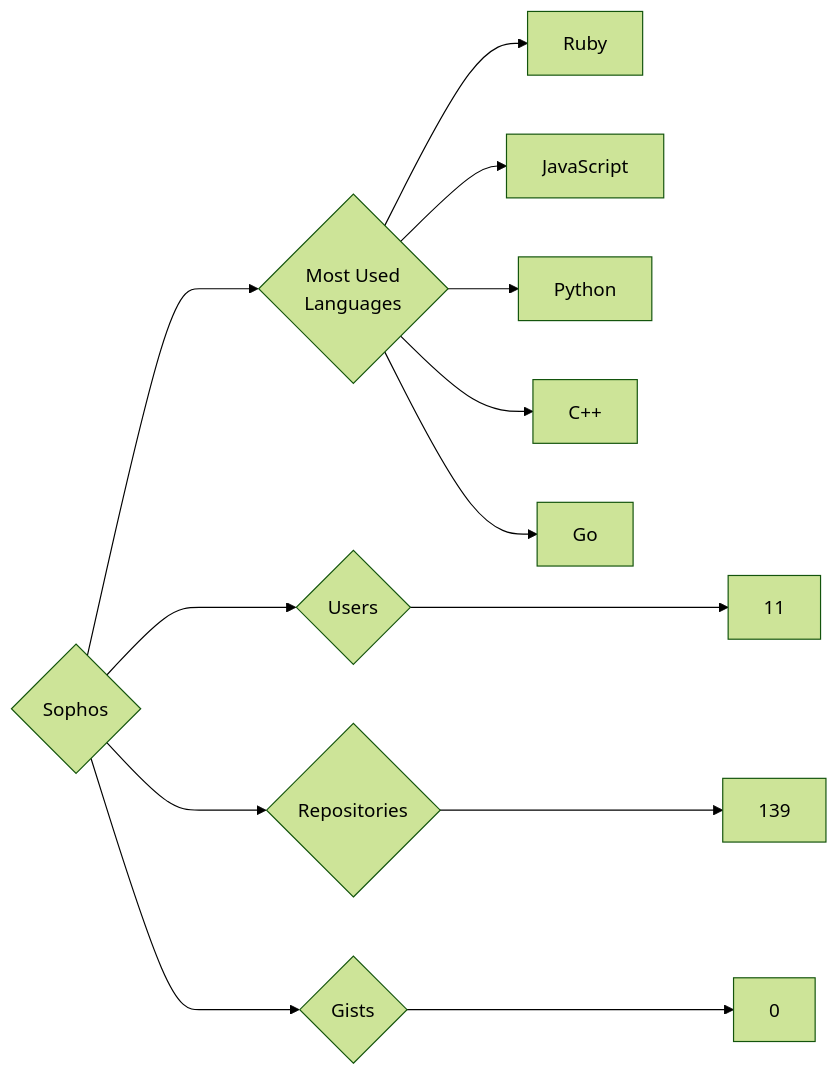
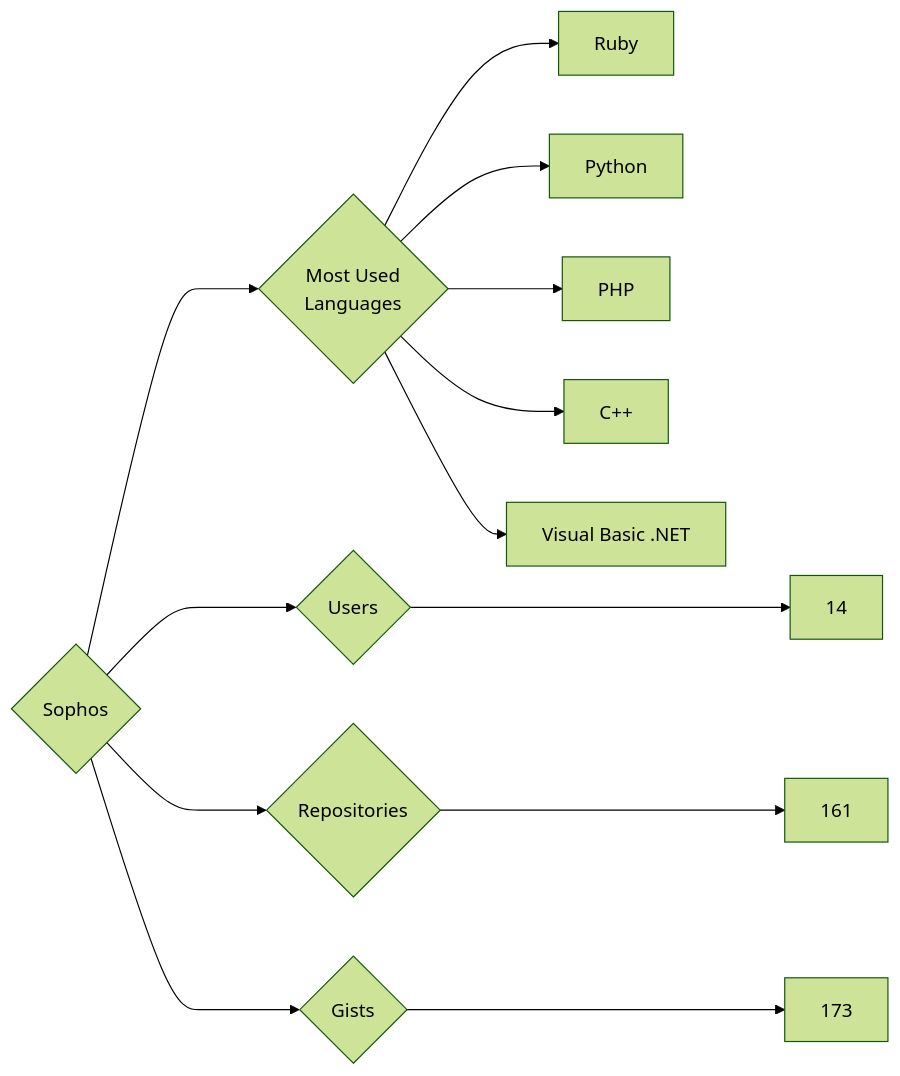
Before and after one commit to trickest/insiders: the diagram in targets/Sophos/README.md, drawn with Mermaid (forest theme). The commit also changed 997 other files, not shown here.

````diff
--- a/targets/Sophos/README.md
+++ b/targets/Sophos/README.md
@@ -3,13 +3,13 @@
 ```mermaid
 graph LR
 COMPANY_NAME{Sophos}
-COMPANY_NAME ---> U{Users} ---> UN[11]
-COMPANY_NAME ---> R{Repositories} ---> RN[139]
-COMPANY_NAME ---> G{Gists} ---> GN[0]
+COMPANY_NAME ---> U{Users} ---> UN[14]
+COMPANY_NAME ---> R{Repositories} ---> RN[161]
+COMPANY_NAME ---> G{Gists} ---> GN[173]
 COMPANY_NAME ---> ML{Most Used<br>Languages}
-ML --> Ruby
-ML --> JavaScript
-ML --> Python
-ML --> C++
-ML --> Go
+ML --> Ruby[Ruby]
+ML --> Python[Python]
+ML --> PHP[PHP]
+ML --> C++[C++]
+ML --> Visual_Basic_.NET[Visual Basic .NET]
 ```
````
